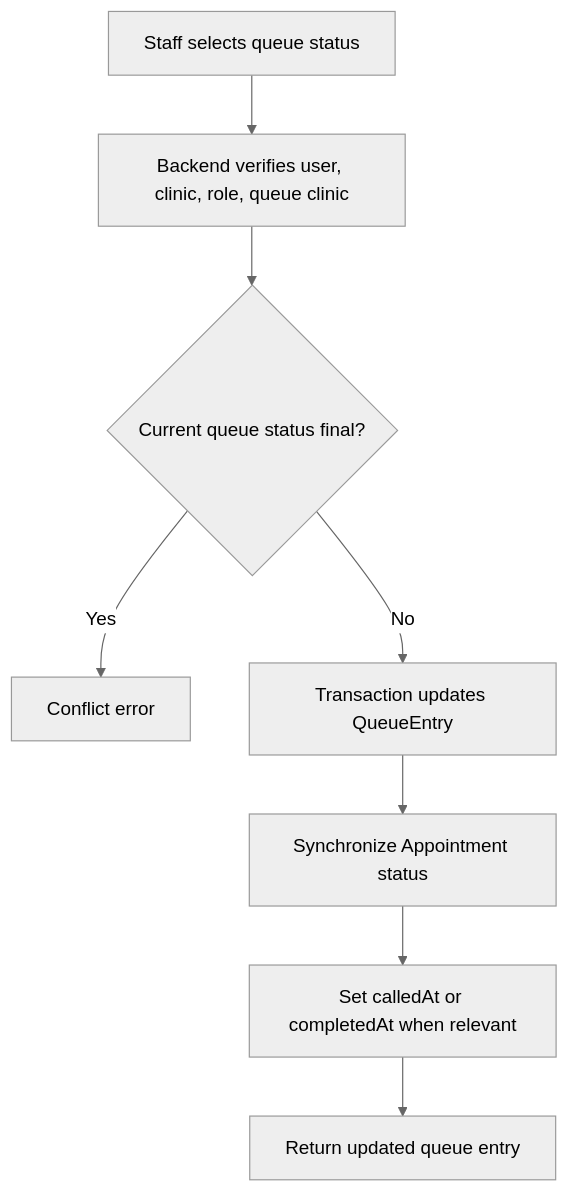
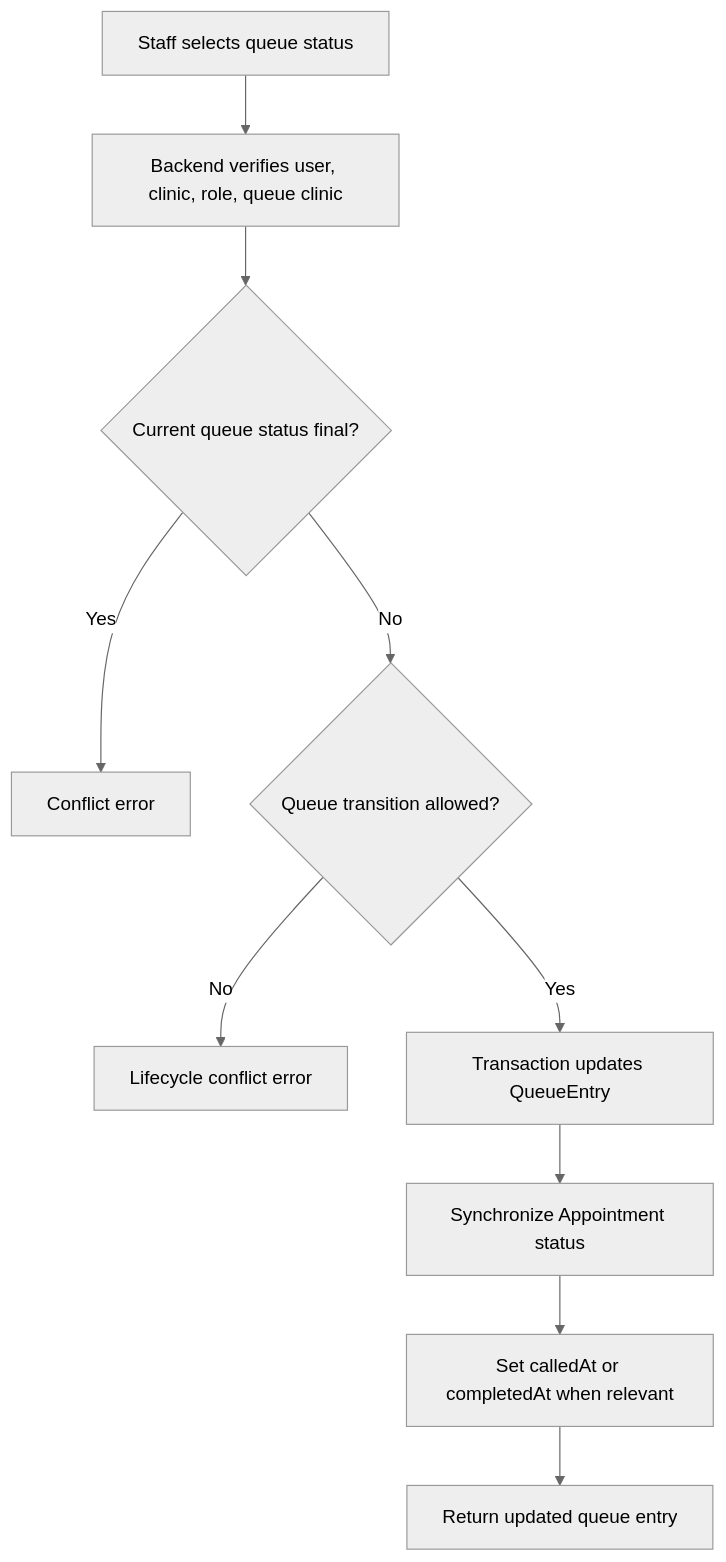
The fourth of 4 diagrams in docs/PRD.md (garvitsingh171/pravaah), drawn with Mermaid (neutral theme) before and after one commit. The commit also changed other lines of this file and 19 other files, not shown here.

Commit message:
feat(queues): enforce queue lifecycle transitions

````diff
--- a/docs/PRD.md
+++ b/docs/PRD.md
@@ -329,10 +329,12 @@
 ```mermaid
 flowchart TD
     A[Staff selects queue status] --> B[Backend verifies user, clinic, role, queue clinic]
     B --> C{Current queue status final?}
     C -- Yes --> D[Conflict error]
-    C -- No --> E[Transaction updates QueueEntry]
-    E --> F[Synchronize Appointment status]
-    F --> G[Set calledAt or completedAt when relevant]
-    G --> H[Return updated queue entry]
+    C -- No --> E{Queue transition allowed?}
+    E -- No --> I[Lifecycle conflict error]
+    E -- Yes --> F[Transaction updates QueueEntry]
+    F --> G[Synchronize Appointment status]
+    G --> J[Set calledAt or completedAt when relevant]
+    J --> H[Return updated queue entry]
 ```
````
